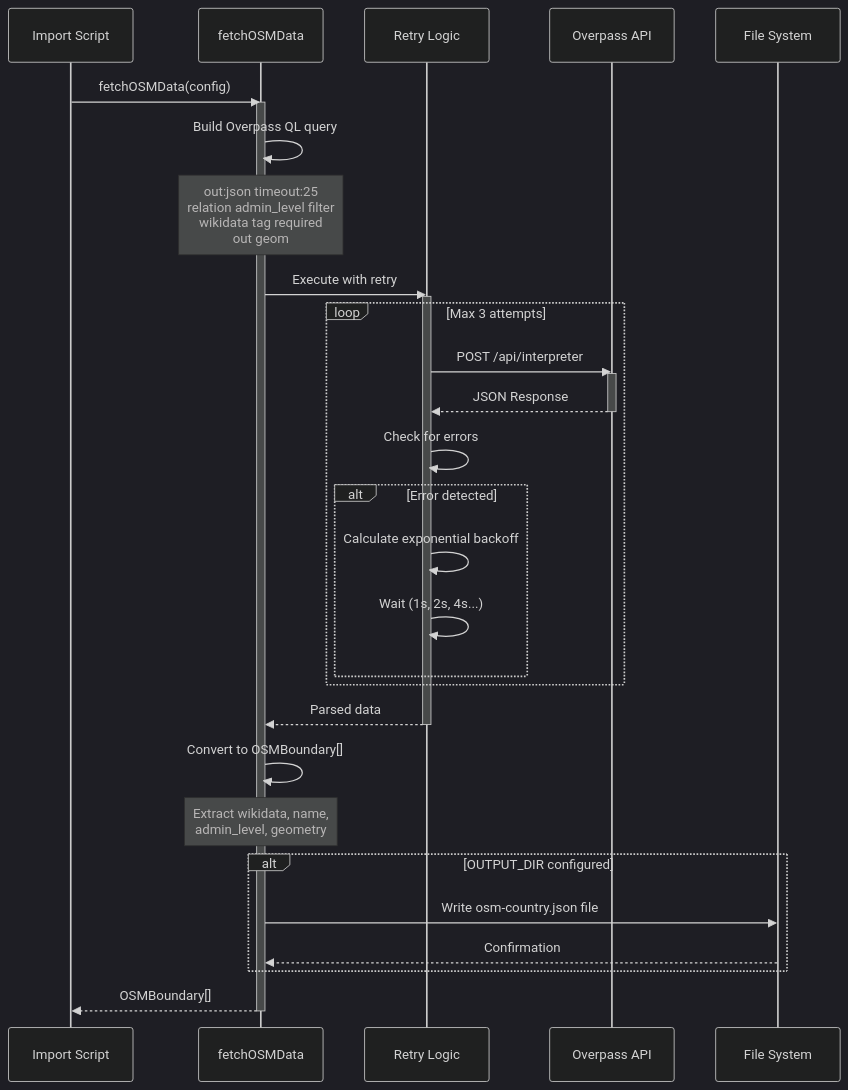
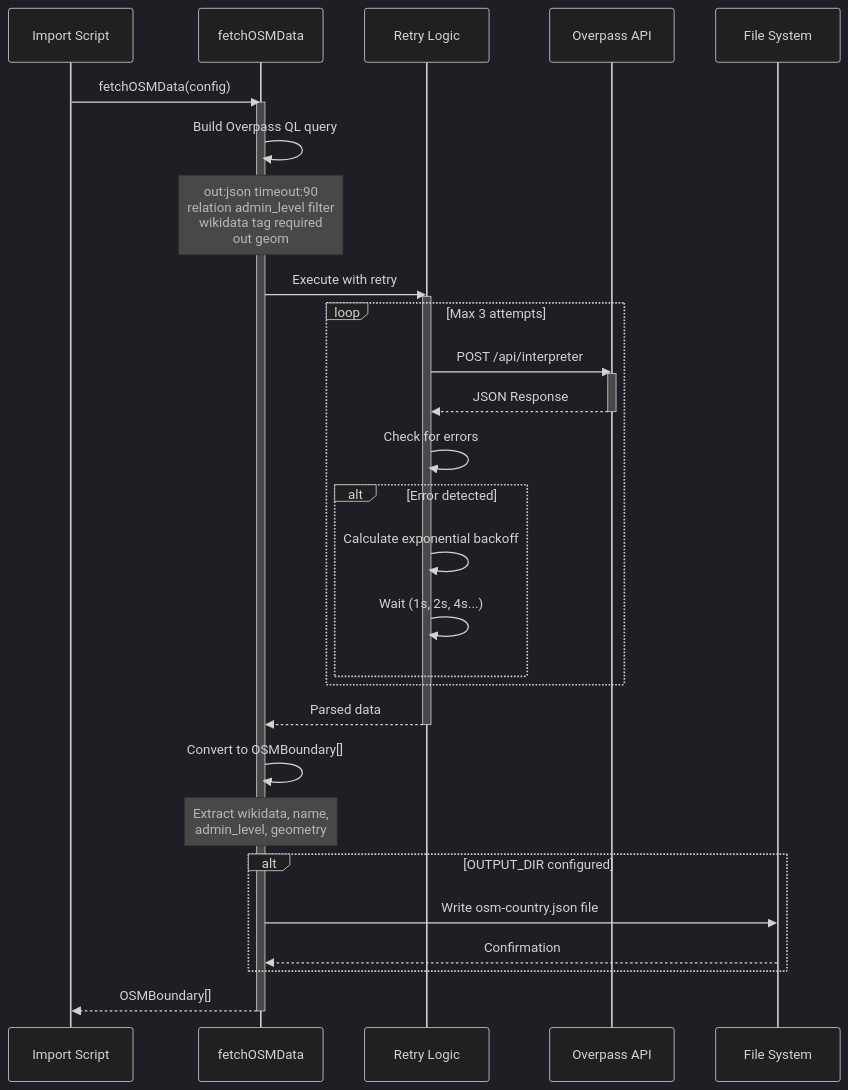
One commit to DaxServer/geocode-commons-categories changed the third of 12 diagrams in docs/import/data-flow.md. Above: the diagram before and after it, drawn with Mermaid (dark theme). The commit also changed other lines of this file and 5 other files, not shown here.

````diff
--- a/docs/import/data-flow.md
+++ b/docs/import/data-flow.md
@@ -159,44 +166,44 @@
 ```mermaid
 sequenceDiagram
     participant Script as Import Script
     participant Fetch as fetchOSMData
     participant Retry as Retry Logic
     participant Overpass as Overpass API
     participant File as File System
 
     Script->>Fetch: fetchOSMData(config)
     activate Fetch
 
     Fetch->>Fetch: Build Overpass QL query
-    Note over Fetch: out:json timeout:25<br/>relation admin_level filter<br/>wikidata tag required<br/>out geom
+    Note over Fetch: out:json timeout:90<br/>relation admin_level filter<br/>wikidata tag required<br/>out geom
 
     Fetch->>Retry: Execute with retry
     activate Retry
 
     loop Max 3 attempts
         Retry->>Overpass: POST /api/interpreter
         activate Overpass
         Overpass-->>Retry: JSON Response
         deactivate Overpass
 
         Retry->>Retry: Check for errors
         alt Error detected
             Retry->>Retry: Calculate exponential backoff
             Retry->>Retry: Wait (1s, 2s, 4s...)
         end
     end
 
     Retry-->>Fetch: Parsed data
     deactivate Retry
 
     Fetch->>Fetch: Convert to OSMBoundary[]
     Note over Fetch: Extract wikidata, name,<br/>admin_level, geometry
 
     alt OUTPUT_DIR configured
         Fetch->>File: Write osm-country.json file
         File-->>Fetch: Confirmation
     end
 
     Fetch-->>Script: OSMBoundary[]
     deactivate Fetch
 ```
````
